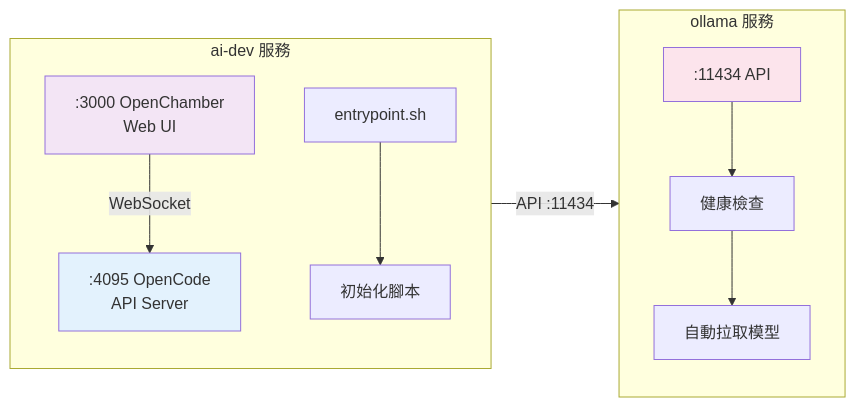
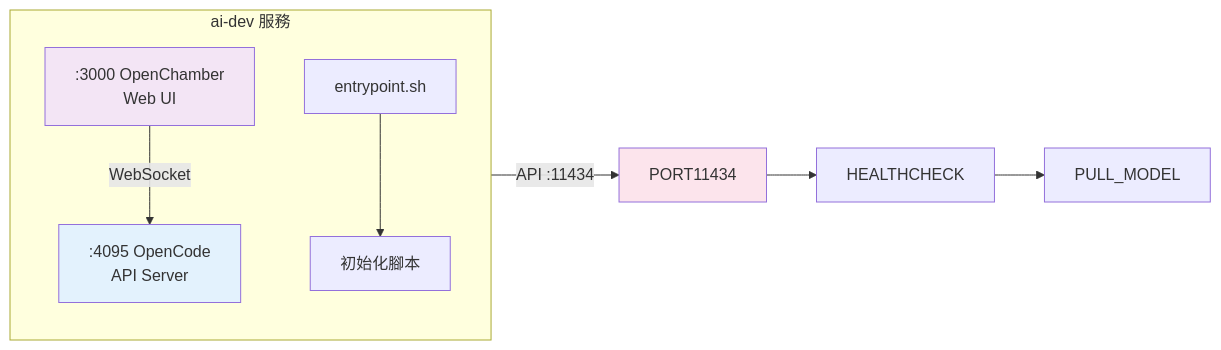
Before and after one commit to tryweb/ai-engkit: the second of 11 diagrams in docs/ARCHITECTURE.md, drawn with Mermaid. The commit also changed other lines of this file and 4 other files, not shown here.

````diff
--- a/docs/ARCHITECTURE.md
+++ b/docs/ARCHITECTURE.md
@@ -67,27 +60,20 @@
 ```mermaid
 graph LR
     subgraph "ai-dev 服務"
         direction TB
         PORT3000[":3000 OpenChamber<br/>Web UI"]
         OC_API[":4095 OpenCode<br/>API Server"]
         ENTRYPOINT["entrypoint.sh"]
         INIT_SCRIPTS["初始化腳本"]
-    end
-
-    subgraph "ollama 服務"
-        direction TB
-        PORT11434[":11434 API"]
-        HEALTHCHECK["健康檢查"]
-        PULL_MODEL["自動拉取模型"]
     end
 
     PORT3000 -->|"WebSocket"| OC_API
     OC_API -->|"API :11434"| PORT11434
     ENTRYPOINT --> INIT_SCRIPTS
     PORT11434 --> HEALTHCHECK
     HEALTHCHECK --> PULL_MODEL
 
     style PORT3000 fill:#f3e5f5
     style OC_API fill:#e3f2fd
     style PORT11434 fill:#fce4ec
 ```
````
